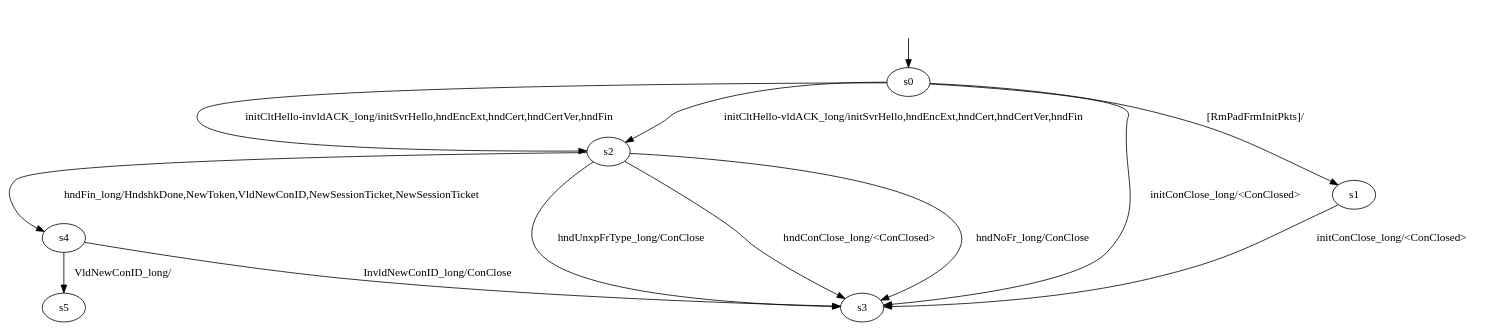
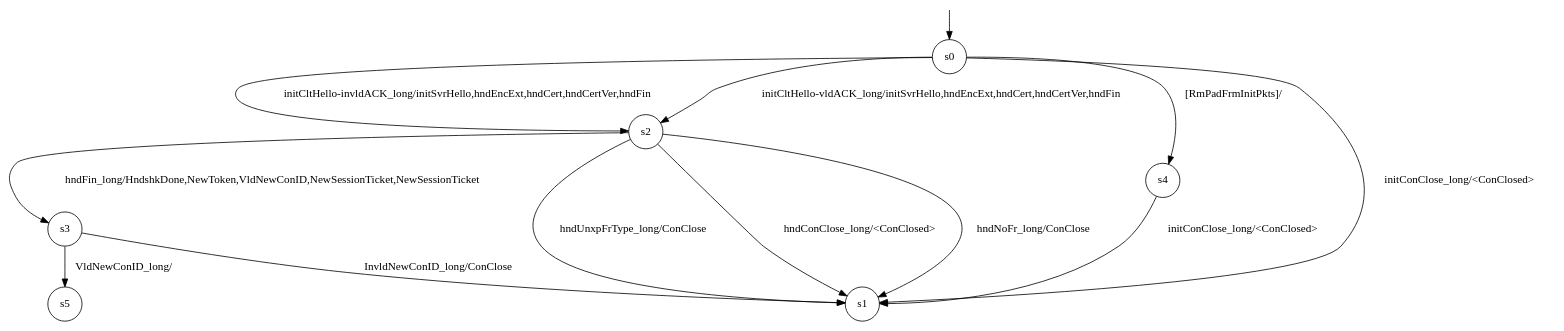
Before and after one commit to QUICTester/QUICTester: the diagram in results/google-quicheModels/CS-long/google-quiche-B-l-0/optimisedLearnedModel.dot, drawn with Graphviz. The commit also changed 76 other files, not shown here.

```diff
--- a/results/google-quicheModels/CS-long/google-quiche-B-l-0/optimisedLearnedModel.dot
+++ b/results/google-quicheModels/CS-long/google-quiche-B-l-0/optimisedLearnedModel.dot
@@ -1,21 +1,24 @@
-digraph "../results/google-quicheModels/google-quiche-B-B-l-0/learnedModel" {
-s0 [label=s0];
-s1 [label=s1];
-s2 [label=s2];
-s3 [label=s3];
-s4 [label=s4];
-s5 [label=s5];
-s0 -> s3  [label="initConClose_long/<ConClosed> "];
-s0 -> s2  [label="initCltHello-vldACK_long/initSvrHello,hndEncExt,hndCert,hndCertVer,hndFin "];
-s0 -> s2  [label="initCltHello-invldACK_long/initSvrHello,hndEncExt,hndCert,hndCertVer,hndFin "];
-s0 -> s1  [label="[RmPadFrmInitPkts]/ "];
-s1 -> s3  [label="initConClose_long/<ConClosed> "];
-s2 -> s4  [label="hndFin_long/HndshkDone,NewToken,VldNewConID,NewSessionTicket,NewSessionTicket "];
-s2 -> s3  [label="hndConClose_long/<ConClosed> "];
-s2 -> s3  [label="hndNoFr_long/ConClose "];
-s2 -> s3  [label="hndUnxpFrType_long/ConClose "];
-s4 -> s5  [label="VldNewConID_long/ "];
-s4 -> s3  [label="InvldNewConID_long/ConClose "];
-__start0 [label="", shape=none];
-__start0 -> s0  [label=""];
+digraph g {
+
+s0 [shape="circle" label="s0"];
+s1 [shape="circle" label="s1"];
+s2 [shape="circle" label="s2"];
+s3 [shape="circle" label="s3"];
+s4 [shape="circle" label="s4"];
+s5 [shape="circle" label="s5"];
+s0 -> s1 [label="initConClose_long/<ConClosed> "];
+s0 -> s2 [label="initCltHello-vldACK_long/initSvrHello,hndEncExt,hndCert,hndCertVer,hndFin "];
+s0 -> s2 [label="initCltHello-invldACK_long/initSvrHello,hndEncExt,hndCert,hndCertVer,hndFin "];
+s0 -> s4 [label="[RmPadFrmInitPkts]/ "];
+s2 -> s3 [label="hndFin_long/HndshkDone,NewToken,VldNewConID,NewSessionTicket,NewSessionTicket "];
+s2 -> s1 [label="hndConClose_long/<ConClosed> "];
+s2 -> s1 [label="hndNoFr_long/ConClose "];
+s2 -> s1 [label="hndUnxpFrType_long/ConClose "];
+s3 -> s5 [label="VldNewConID_long/ "];
+s3 -> s1 [label="InvldNewConID_long/ConClose "];
+s4 -> s1 [label="initConClose_long/<ConClosed> "];
+
+__start0 [label="" shape="none" width="0" height="0"];
+__start0 -> s0;
+
 }
```
